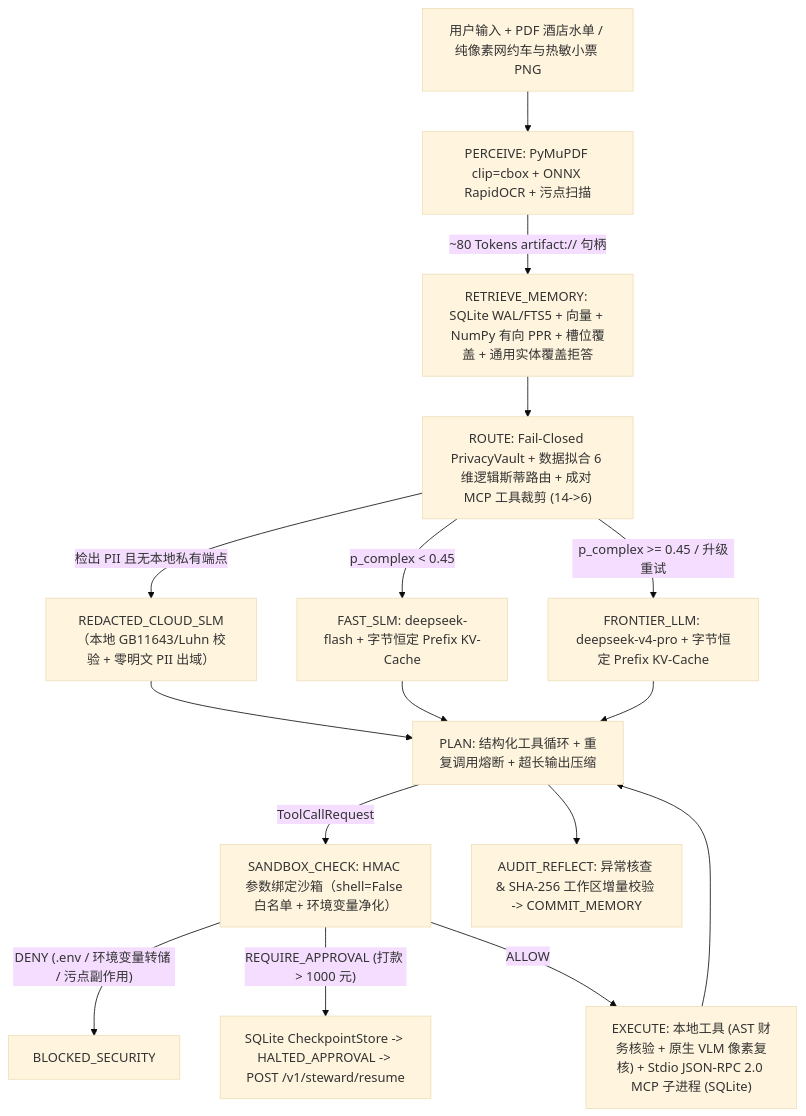
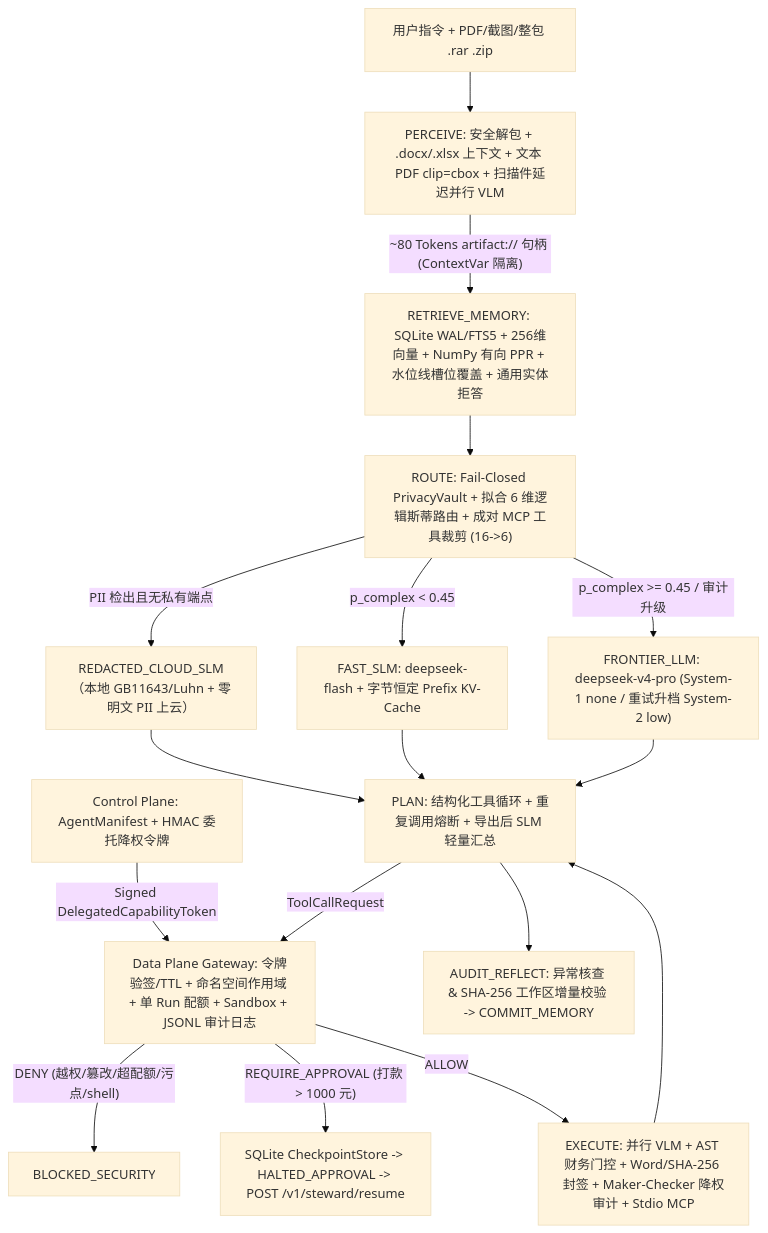
The diagram in README_zh.md (cysy10236-sketch/personal-steward-agent), drawn with Mermaid (base theme) before and after one commit. The commit also changed other lines of this file and 10 other files, not shown here.

Commit message:
fix(v2.5): close 6 audit gaps (Gateway single dispatch/quota/JSONL audit, ContextVar isolation, auto Maker-Checker, ReleaseGate PASS live benchmark & 5+6x9 docs)

````diff
--- a/README_zh.md
+++ b/README_zh.md
@@ -15,18 +17,19 @@
 ```mermaid
 flowchart TD
-    U["用户输入 + PDF 酒店水单 / 纯像素网约车与热敏小票 PNG"] --> P["PERCEIVE: PyMuPDF clip=cbox + ONNX RapidOCR + 污点扫描"]
-    P -->|"~80 Tokens artifact:// 句柄"| M["RETRIEVE_MEMORY: SQLite WAL/FTS5 + 向量 + NumPy 有向 PPR + 槽位覆盖 + 通用实体覆盖拒答"]
-    M --> R["ROUTE: Fail-Closed PrivacyVault + 数据拟合 6 维逻辑斯蒂路由 + 成对 MCP 工具裁剪 (14->6)"]
-    R -->|"检出 PII 且无本地私有端点"| PV["REDACTED_CLOUD_SLM（本地 GB11643/Luhn 校验 + 零明文 PII 出域）"]
+    U["用户指令 + PDF/截图/整包 .rar .zip"] --> P["PERCEIVE: 安全解包 + .docx/.xlsx 上下文 + 文本 PDF clip=cbox + 扫描件延迟并行 VLM"]
+    P -->|"~80 Tokens artifact:// 句柄 (ContextVar 隔离)"| M["RETRIEVE_MEMORY: SQLite WAL/FTS5 + 256维向量 + NumPy 有向 PPR + 水位线槽位覆盖 + 通用实体拒答"]
+    M --> R["ROUTE: Fail-Closed PrivacyVault + 拟合 6 维逻辑斯蒂路由 + 成对 MCP 工具裁剪 (16->6)"]
+    R -->|"PII 检出且无私有端点"| PV["REDACTED_CLOUD_SLM（本地 GB11643/Luhn + 零明文 PII 上云）"]
     R -->|"p_complex < 0.45"| SLM["FAST_SLM: deepseek-flash + 字节恒定 Prefix KV-Cache"]
-    R -->|"p_complex >= 0.45 / 升级重试"| LLM["FRONTIER_LLM: deepseek-v4-pro + 字节恒定 Prefix KV-Cache"]
-    PV --> PL["PLAN: 结构化工具循环 + 重复调用熔断 + 超长输出压缩"]
+    R -->|"p_complex >= 0.45 / 审计升级"| LLM["FRONTIER_LLM: deepseek-v4-pro (System-1 none / 重试升档 System-2 low)"]
+    PV --> PL["PLAN: 结构化工具循环 + 重复调用熔断 + 导出后 SLM 轻量汇总"]
     SLM --> PL
     LLM --> PL
-    PL -->|"ToolCallRequest"| S["SANDBOX_CHECK: HMAC 参数绑定沙箱（shell=False 白名单 + 环境变量净化）"]
-    S -->|"DENY (.env / 环境变量转储 / 污点副作用)"| BLK["BLOCKED_SECURITY"]
-    S -->|"REQUIRE_APPROVAL (打款 > 1000 元)"| CHK["SQLite CheckpointStore -> HALTED_APPROVAL -> POST /v1/steward/resume"]
-    S -->|"ALLOW"| EX["EXECUTE: 本地工具 (AST 财务核验 + 原生 VLM 像素复核) + Stdio JSON-RPC 2.0 MCP 子进程 (SQLite)"]
+    CP["Control Plane: AgentManifest + HMAC 委托降权令牌"] -->|"Signed DelegatedCapabilityToken"| GW["Data Plane Gateway: 令牌验签/TTL + 命名空间作用域 + 单 Run 配额 + Sandbox + JSONL 审计日志"]
+    PL -->|"ToolCallRequest"| GW
+    GW -->|"DENY (越权/篡改/超配额/污点/shell)"| BLK["BLOCKED_SECURITY"]
+    GW -->|"REQUIRE_APPROVAL (打款 > 1000 元)"| CHK["SQLite CheckpointStore -> HALTED_APPROVAL -> POST /v1/steward/resume"]
+    GW -->|"ALLOW"| EX["EXECUTE: 并行 VLM + AST 财务门控 + Word/SHA-256 封签 + Maker-Checker 降权审计 + Stdio MCP"]
     EX --> PL
     PL --> AU["AUDIT_REFLECT: 异常核查 & SHA-256 工作区增量校验 -> COMMIT_MEMORY"]
 ```
````
